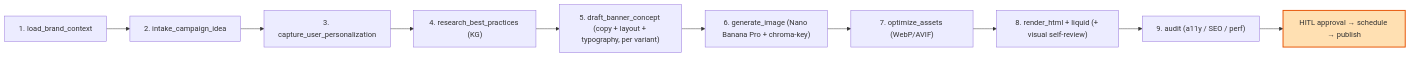
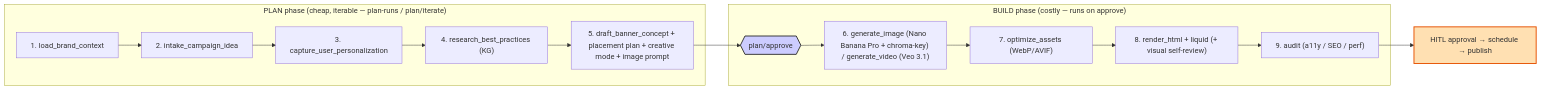
One commit to aijolot/aijolot-banner-agent changed the second of 6 diagrams in ARCHITECTURE.md. Above: the diagram before and after it, drawn with Mermaid. The commit also changed other lines of this file and 1 other file, not shown here.

First line of the commit message:
docs: sync README + ARCHITECTURE with merged main (PRs #21/#22/#23)

````diff
--- a/ARCHITECTURE.md
+++ b/ARCHITECTURE.md
@@ -157,14 +190,20 @@
 ```mermaid
 graph LR
-    N1["1. load_brand_context"] --> N2["2. intake_campaign_idea"]
-    N2 --> N3["3. capture_user_personalization"]
-    N3 --> N4["4. research_best_practices (KG)"]
-    N4 --> N5["5. draft_banner_concept (copy + layout + typography, per variant)"]
-    N5 --> N6["6. generate_image (Nano Banana Pro + chroma-key)"]
-    N6 --> N7["7. optimize_assets (WebP/AVIF)"]
-    N7 --> N8["8. render_html + liquid (+ visual self-review)"]
-    N8 --> N9["9. audit (a11y / SEO / perf)"]
+    subgraph PLAN["PLAN phase (cheap, iterable — plan-runs / plan/iterate)"]
+        N1["1. load_brand_context"] --> N2["2. intake_campaign_idea"]
+        N2 --> N3["3. capture_user_personalization"]
+        N3 --> N4["4. research_best_practices (KG)"]
+        N4 --> N5["5. draft_banner_concept + placement plan + creative mode + image prompt"]
+    end
+    N5 --> APPROVE{{"plan/approve"}}
+    subgraph BUILD["BUILD phase (costly — runs on approve)"]
+        APPROVE --> N6["6. generate_image (Nano Banana Pro + chroma-key) / generate_video (Veo 3.1)"]
+        N6 --> N7["7. optimize_assets (WebP/AVIF)"]
+        N7 --> N8["8. render_html + liquid (+ visual self-review)"]
+        N8 --> N9["9. audit (a11y / SEO / perf)"]
+    end
     N9 --> GATE["HITL approval → schedule → publish"]
 
+    style APPROVE fill:#ccf,stroke:#333,stroke-width:2px
     style GATE fill:#FFE0B2,stroke:#E65100,stroke-width:2px
 ```
````
